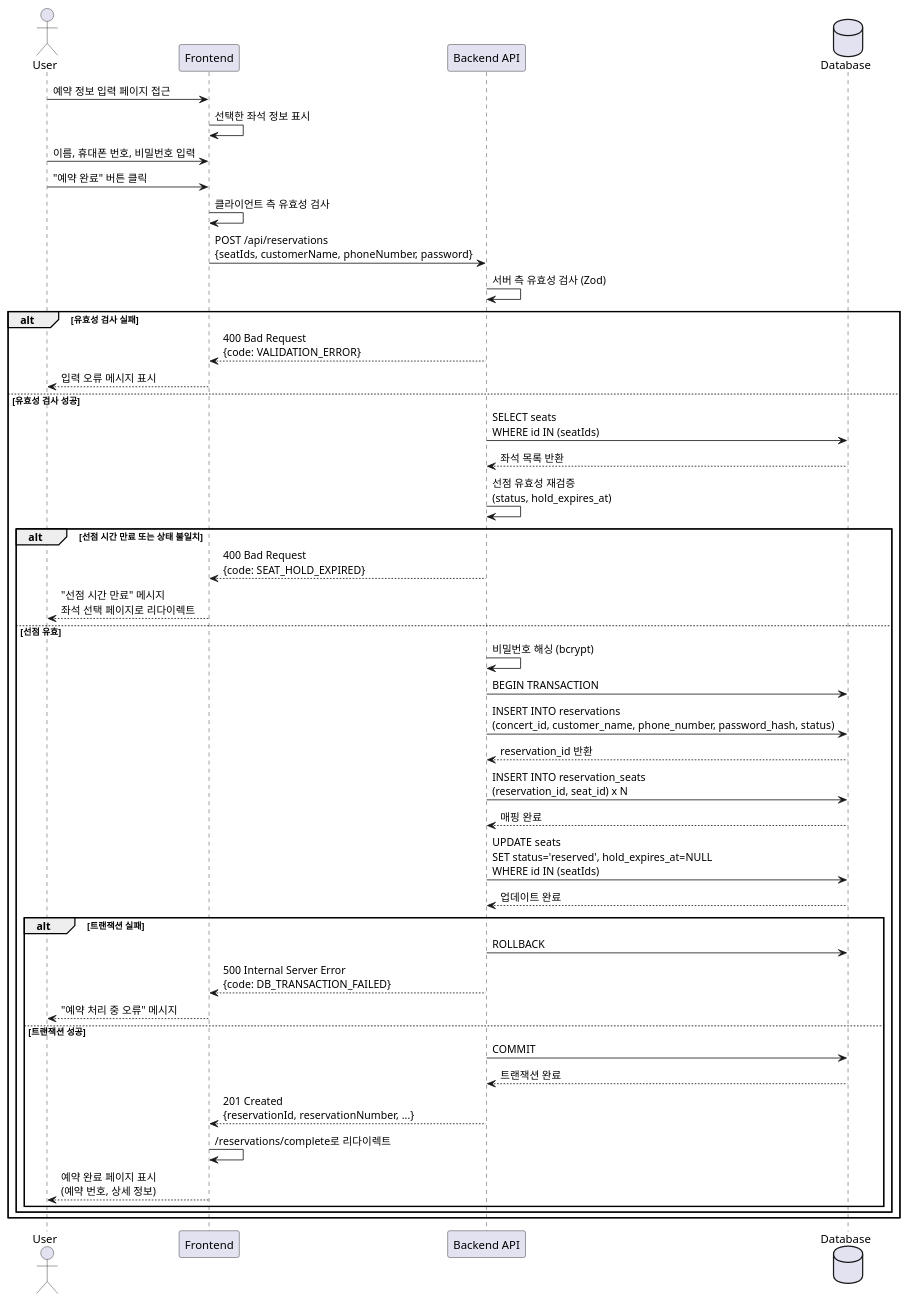
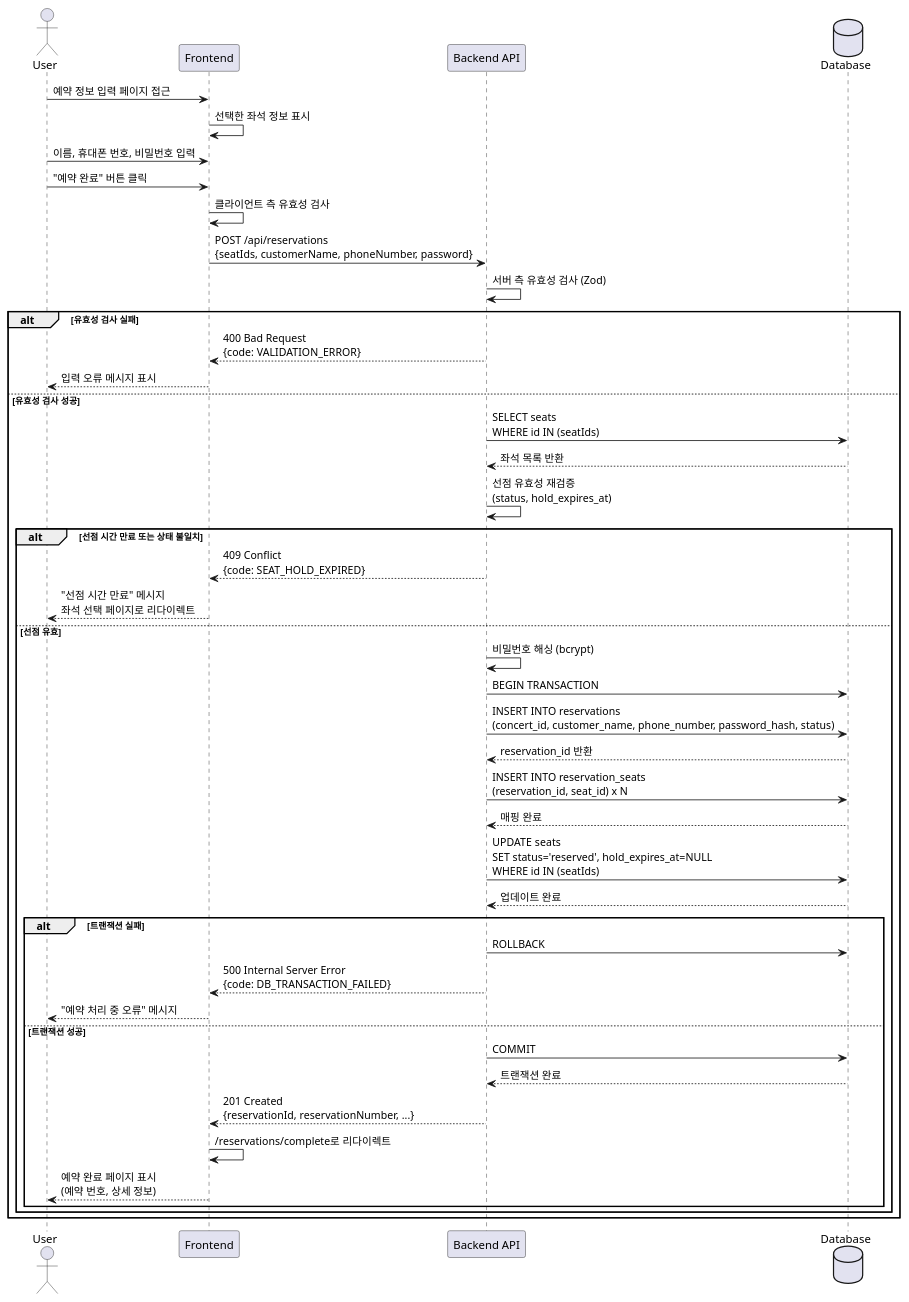
The diagram in docs/003/spec.md (dasanworld/ConcertReserve), drawn with PlantUML before and after one commit. The commit also changed other lines of this file and 2 other files, not shown here.

````diff
--- a/docs/003/spec.md
+++ b/docs/003/spec.md
@@ -341,59 +346,59 @@
 ```plantuml
 @startuml
 actor User
 participant FE as "Frontend"
 participant BE as "Backend API"
 database DB as "Database"
 
 User -> FE: 예약 정보 입력 페이지 접근
 FE -> FE: 선택한 좌석 정보 표시
 User -> FE: 이름, 휴대폰 번호, 비밀번호 입력
 User -> FE: "예약 완료" 버튼 클릭
 FE -> FE: 클라이언트 측 유효성 검사
 FE -> BE: POST /api/reservations\n{seatIds, customerName, phoneNumber, password}
 
 BE -> BE: 서버 측 유효성 검사 (Zod)
 
 alt 유효성 검사 실패
   BE --> FE: 400 Bad Request\n{code: VALIDATION_ERROR}
   FE --> User: 입력 오류 메시지 표시
 else 유효성 검사 성공
   BE -> DB: SELECT seats\nWHERE id IN (seatIds)
   DB --> BE: 좌석 목록 반환
 
   BE -> BE: 선점 유효성 재검증\n(status, hold_expires_at)
 
   alt 선점 시간 만료 또는 상태 불일치
-    BE --> FE: 400 Bad Request\n{code: SEAT_HOLD_EXPIRED}
+    BE --> FE: 409 Conflict\n{code: SEAT_HOLD_EXPIRED}
     FE --> User: "선점 시간 만료" 메시지\n좌석 선택 페이지로 리다이렉트
   else 선점 유효
     BE -> BE: 비밀번호 해싱 (bcrypt)
 
     BE -> DB: BEGIN TRANSACTION
 
     BE -> DB: INSERT INTO reservations\n(concert_id, customer_name, phone_number, password_hash, status)
     DB --> BE: reservation_id 반환
 
     BE -> DB: INSERT INTO reservation_seats\n(reservation_id, seat_id) x N
     DB --> BE: 매핑 완료
 
     BE -> DB: UPDATE seats\nSET status='reserved', hold_expires_at=NULL\nWHERE id IN (seatIds)
     DB --> BE: 업데이트 완료
 
     alt 트랜잭션 실패
       BE -> DB: ROLLBACK
       BE --> FE: 500 Internal Server Error\n{code: DB_TRANSACTION_FAILED}
       FE --> User: "예약 처리 중 오류" 메시지
     else 트랜잭션 성공
       BE -> DB: COMMIT
       DB --> BE: 트랜잭션 완료
 
       BE --> FE: 201 Created\n{reservationId, reservationNumber, ...}
       FE -> FE: /reservations/complete로 리다이렉트
       FE --> User: 예약 완료 페이지 표시\n(예약 번호, 상세 정보)
     end
   end
 end
 
 @enduml
 ```
````
